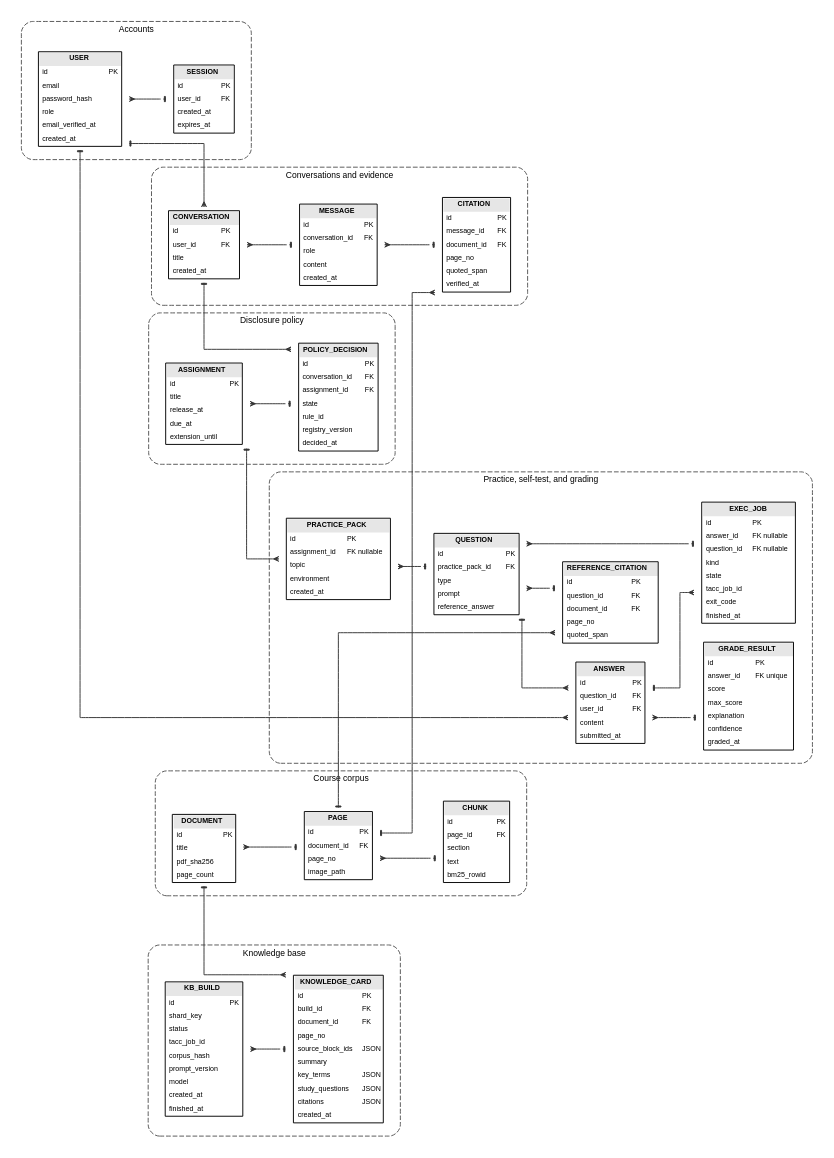
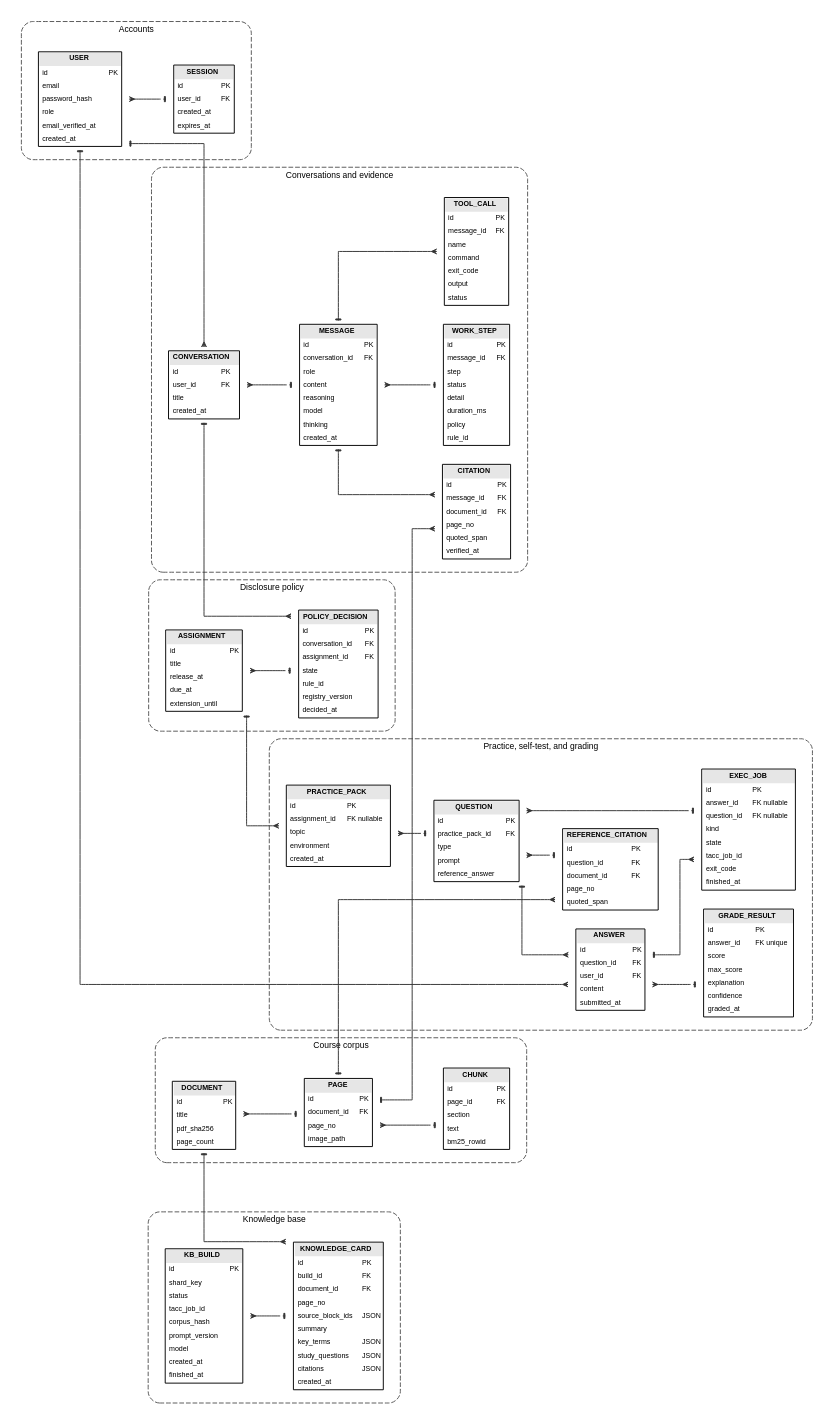
The diagram in docs/figures/prd-er.dot (Kane-LI-0114/verifiable-tutor), drawn with Graphviz before and after one commit. The commit also changed 12 other files, not shown here.

```diff
--- a/docs/figures/prd-er.dot
+++ b/docs/figures/prd-er.dot
@@ -40,7 +40,31 @@
       <TR><TD ALIGN="LEFT">conversation_id</TD><TD ALIGN="LEFT">FK</TD></TR>
       <TR><TD ALIGN="LEFT">role</TD><TD ALIGN="LEFT"> </TD></TR>
       <TR><TD ALIGN="LEFT">content</TD><TD ALIGN="LEFT"> </TD></TR>
+      <TR><TD ALIGN="LEFT">reasoning</TD><TD ALIGN="LEFT"> </TD></TR>
+      <TR><TD ALIGN="LEFT">model</TD><TD ALIGN="LEFT"> </TD></TR>
+      <TR><TD ALIGN="LEFT">thinking</TD><TD ALIGN="LEFT"> </TD></TR>
       <TR><TD ALIGN="LEFT">created_at</TD><TD ALIGN="LEFT"> </TD></TR>
+    </TABLE>>];
+    workstep [label=<<TABLE BORDER="1" CELLBORDER="0" CELLSPACING="0" CELLPADDING="3" BGCOLOR="white">
+      <TR><TD BGCOLOR="#e6e6e6" COLSPAN="2"><B>WORK_STEP</B></TD></TR>
+      <TR><TD ALIGN="LEFT">id</TD><TD ALIGN="LEFT">PK</TD></TR>
+      <TR><TD ALIGN="LEFT">message_id</TD><TD ALIGN="LEFT">FK</TD></TR>
+      <TR><TD ALIGN="LEFT">step</TD><TD ALIGN="LEFT"> </TD></TR>
+      <TR><TD ALIGN="LEFT">status</TD><TD ALIGN="LEFT"> </TD></TR>
+      <TR><TD ALIGN="LEFT">detail</TD><TD ALIGN="LEFT"> </TD></TR>
+      <TR><TD ALIGN="LEFT">duration_ms</TD><TD ALIGN="LEFT"> </TD></TR>
+      <TR><TD ALIGN="LEFT">policy</TD><TD ALIGN="LEFT"> </TD></TR>
+      <TR><TD ALIGN="LEFT">rule_id</TD><TD ALIGN="LEFT"> </TD></TR>
+    </TABLE>>];
+    toolcall [label=<<TABLE BORDER="1" CELLBORDER="0" CELLSPACING="0" CELLPADDING="3" BGCOLOR="white">
+      <TR><TD BGCOLOR="#e6e6e6" COLSPAN="2"><B>TOOL_CALL</B></TD></TR>
+      <TR><TD ALIGN="LEFT">id</TD><TD ALIGN="LEFT">PK</TD></TR>
+      <TR><TD ALIGN="LEFT">message_id</TD><TD ALIGN="LEFT">FK</TD></TR>
+      <TR><TD ALIGN="LEFT">name</TD><TD ALIGN="LEFT"> </TD></TR>
+      <TR><TD ALIGN="LEFT">command</TD><TD ALIGN="LEFT"> </TD></TR>
+      <TR><TD ALIGN="LEFT">exit_code</TD><TD ALIGN="LEFT"> </TD></TR>
+      <TR><TD ALIGN="LEFT">output</TD><TD ALIGN="LEFT"> </TD></TR>
+      <TR><TD ALIGN="LEFT">status</TD><TD ALIGN="LEFT"> </TD></TR>
     </TABLE>>];
     citation [label=<<TABLE BORDER="1" CELLBORDER="0" CELLSPACING="0" CELLPADDING="3" BGCOLOR="white">
       <TR><TD BGCOLOR="#e6e6e6" COLSPAN="2"><B>CITATION</B></TD></TR>
@@ -192,6 +216,8 @@
   user -> answer;
   conversation -> message;
   message -> citation;
+  message -> workstep;
+  message -> toolcall;
   document -> page;
   page -> chunk;
   page -> citation;
```
